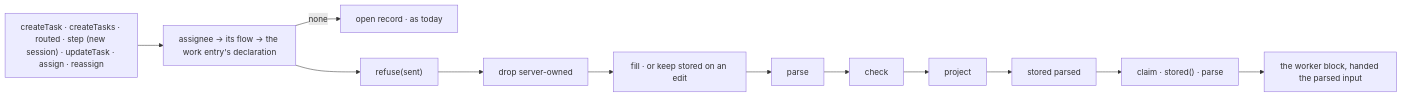
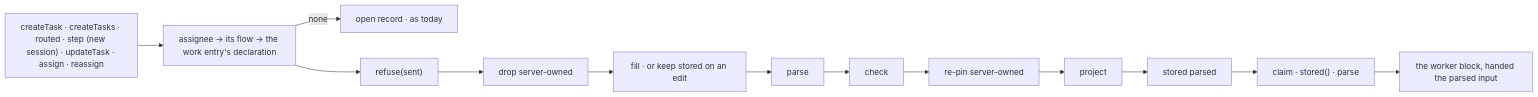
Before and after one commit to fixpoint-labs/flow-state-dev: the second of 2 diagrams in specs/issues/FIX-2894/SPEC.md, drawn with Mermaid. The commit also changed other lines of this file and 2 other files, not shown here.

First line of the commit message:
spec(FIX-2894): fold review round 1: re-pin after check, edit reads stored, JSON round trip, describe rule

````diff
--- a/specs/issues/FIX-2894/SPEC.md
+++ b/specs/issues/FIX-2894/SPEC.md
@@ -98,7 +99,7 @@
 ```mermaid
 flowchart LR
   W["createTask · createTasks · routed · step (new session) · updateTask · assign · reassign"] --> L["assignee → its flow → the work entry's declaration"]
   L -->|"none"| O["open record · as today"]
-  L --> RF["refuse(sent)"] --> D["drop server-owned"] --> FL["fill · or keep stored on an edit"] --> PA["parse"] --> CH["check"] --> PR["project"] --> S["stored parsed"]
+  L --> RF["refuse(sent)"] --> D["drop server-owned"] --> FL["fill · or keep stored on an edit"] --> PA["parse"] --> CH["check"] --> RP["re-pin server-owned"] --> PR["project"] --> S["stored parsed"]
   S --> C["claim · stored() · parse"] --> BL["the worker block, handed the parsed input"]
 ```
````
